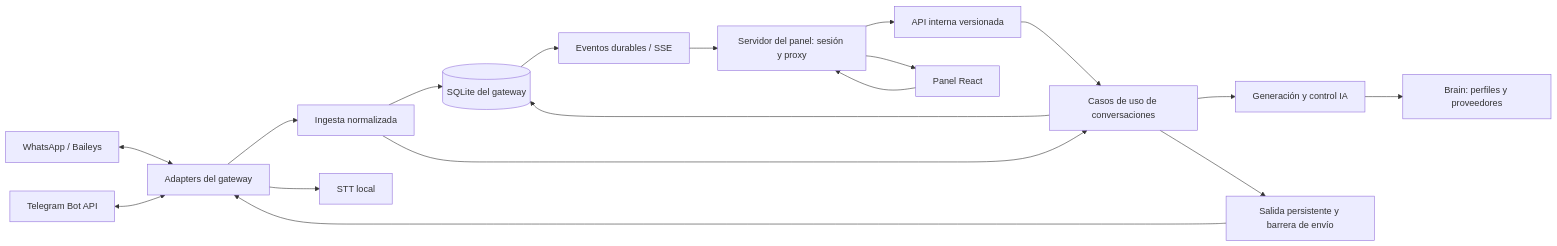
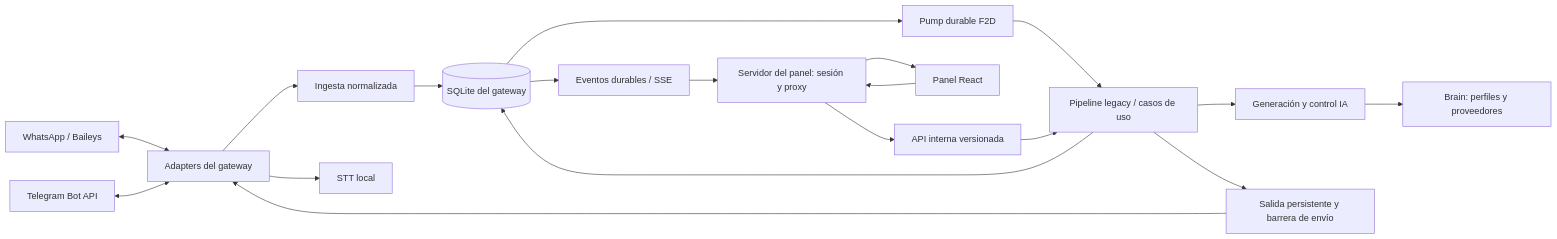
The diagram in docs/ARCHITECTURE.md (Zer0x25/sdk-bot), drawn with Mermaid before and after one commit. The commit also changed other lines of this file and 23 other files, not shown here.

Commit message:
feat(conversations): close F2D with durable legacy replay

````diff
--- a/docs/ARCHITECTURE.md
+++ b/docs/ARCHITECTURE.md
@@ -67,20 +69,21 @@
 ```mermaid
 flowchart LR
     WA[WhatsApp / Baileys] <--> A[Adapters del gateway]
     TG[Telegram Bot API] <--> A
     A --> I[Ingesta normalizada]
     I --> D[(SQLite del gateway)]
-    I --> C[Casos de uso de conversaciones]
+    D --> R[Pump durable F2D]
+    R --> C[Pipeline legacy / casos de uso]
     C --> G[Generación y control IA]
     G --> B[Brain: perfiles y proveedores]
     A --> STT[STT local]
     C --> O[Salida persistente y barrera de envío]
     O --> A
     C --> D
     D --> E[Eventos durables / SSE]
     UI[Panel React] --> P[Servidor del panel: sesión y proxy]
     P --> API[API interna versionada]
     API --> C
     E --> P
     P --> UI
 ```
````
